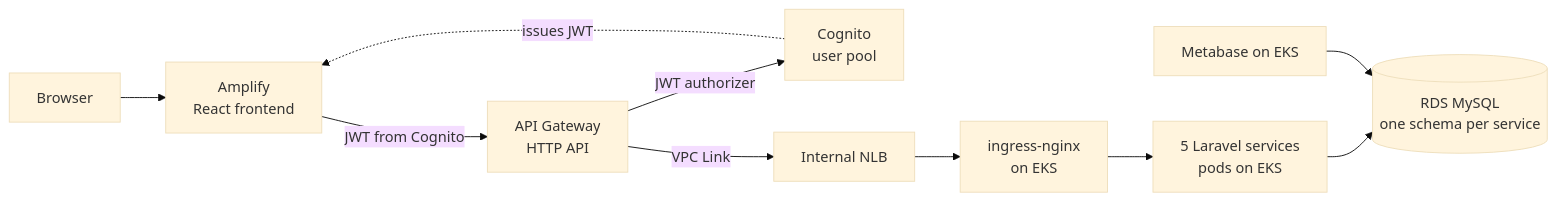
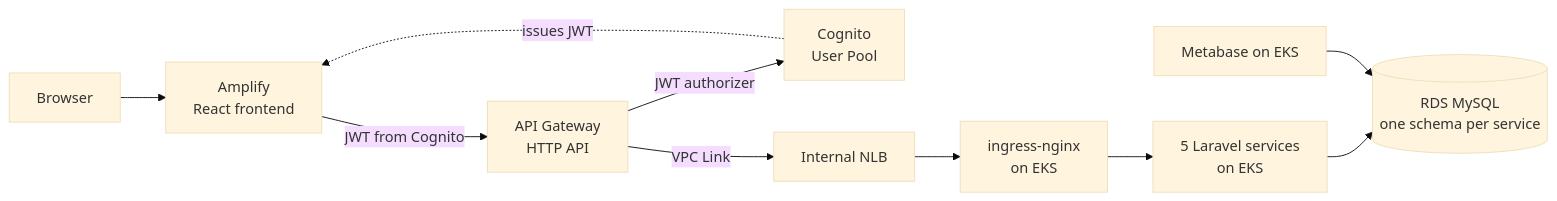
The first of 2 diagrams in README.md (susangi/wonderland-cloud-system), drawn with Mermaid (base theme) before and after one commit. The commit also changed other lines of this file, not shown here.

````diff
--- a/README.md
+++ b/README.md
@@ -78,12 +9,12 @@
 ```mermaid
 flowchart LR
     U[Browser] --> A[Amplify<br/>React frontend]
     A -->|JWT from Cognito| G[API Gateway<br/>HTTP API]
-    C[Cognito<br/>user pool] -.issues JWT.-> A
+    C[Cognito<br/>User Pool] -.issues JWT.-> A
     G -->|JWT authorizer| C
     G -->|VPC Link| N[Internal NLB]
     N --> I[ingress-nginx<br/>on EKS]
-    I --> S[5 Laravel services<br/>pods on EKS]
+    I --> S[5 Laravel services<br/>on EKS]
     S --> R[(RDS MySQL<br/>one schema per service)]
     M[Metabase on EKS] --> R
 ```
````
